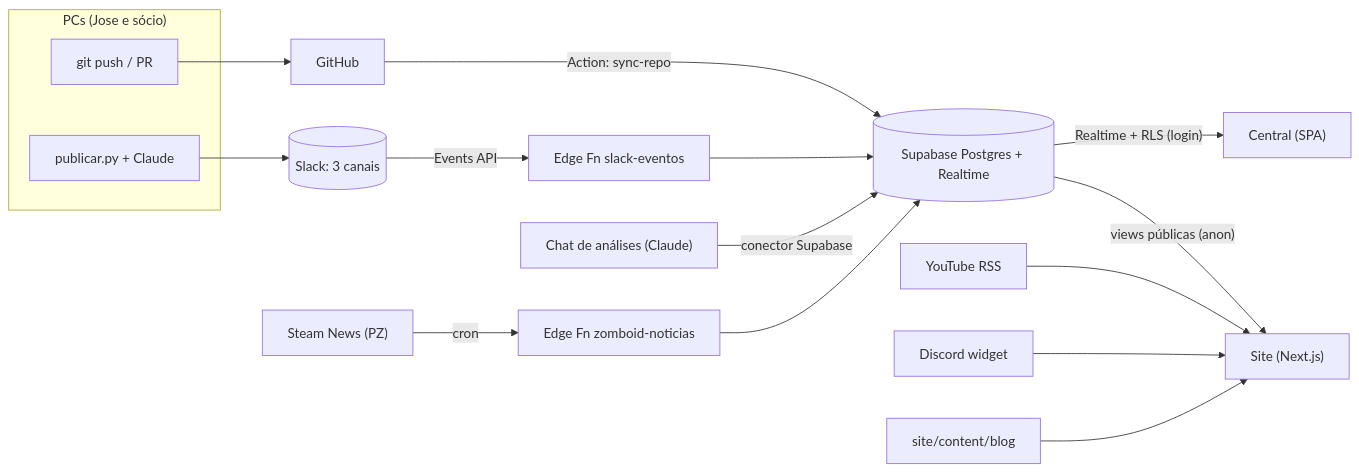
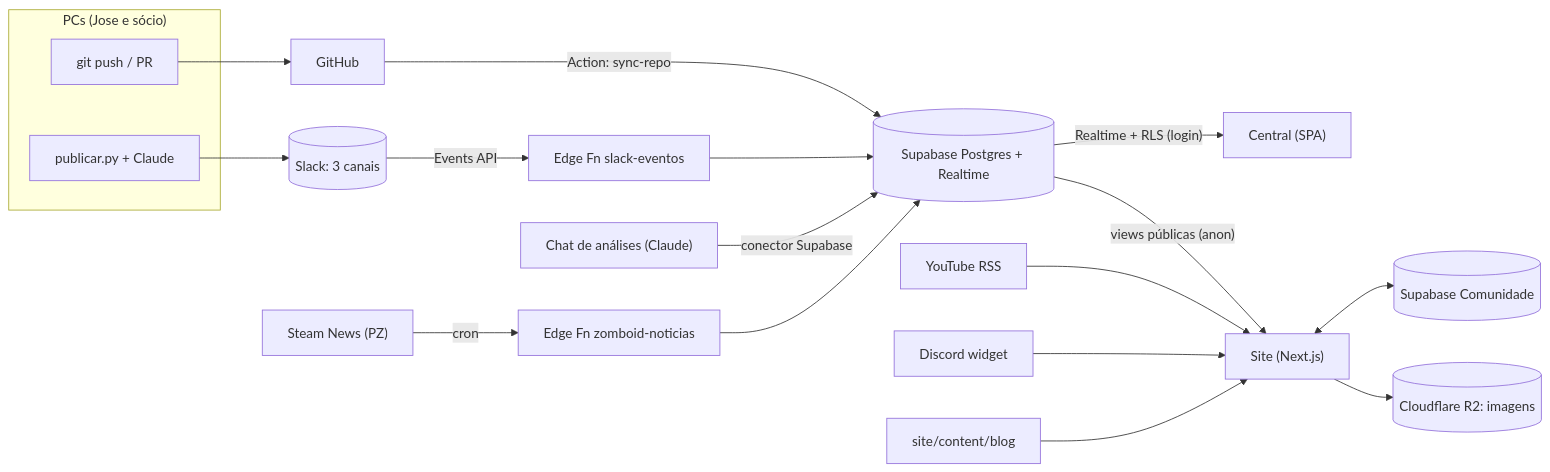
Before and after one commit to GGeras/manual-zomboid: the diagram in plataforma/arquitetura.md, drawn with Mermaid. The commit also changed other lines of this file and 4 other files, not shown here.

First line of the commit message:
docs(plataforma): site com Comunidade estilo Reddit + padrão de qualidade

````diff
--- a/plataforma/arquitetura.md
+++ b/plataforma/arquitetura.md
@@ -27,21 +28,23 @@
 ```mermaid
 flowchart LR
   subgraph PCs["PCs (Jose e sócio)"]
     PUB["publicar.py + Claude"]
     PUSH["git push / PR"]
   end
   PUB --> SLACK[("Slack: 3 canais")]
   PUSH --> GH["GitHub"]
 
   SLACK -- "Events API" --> F1["Edge Fn slack-eventos"]
   GH -- "Action: sync-repo" --> DB
   F1 --> DB[("Supabase Postgres + Realtime")]
   AN["Chat de análises (Claude)"] -- "conector Supabase" --> DB
   STEAM["Steam News (PZ)"] -- "cron" --> F3["Edge Fn zomboid-noticias"] --> DB
 
   DB -- "Realtime + RLS (login)" --> CENTRAL["Central (SPA)"]
   DB -- "views públicas (anon)" --> SITE["Site (Next.js)"]
+  SITE <--> DBC[("Supabase Comunidade")]
+  SITE --> R2[("Cloudflare R2: imagens")]
   RSS["YouTube RSS"] --> SITE
   DISC["Discord widget"] --> SITE
   MDX["site/content/blog"] --> SITE
 ```
````
